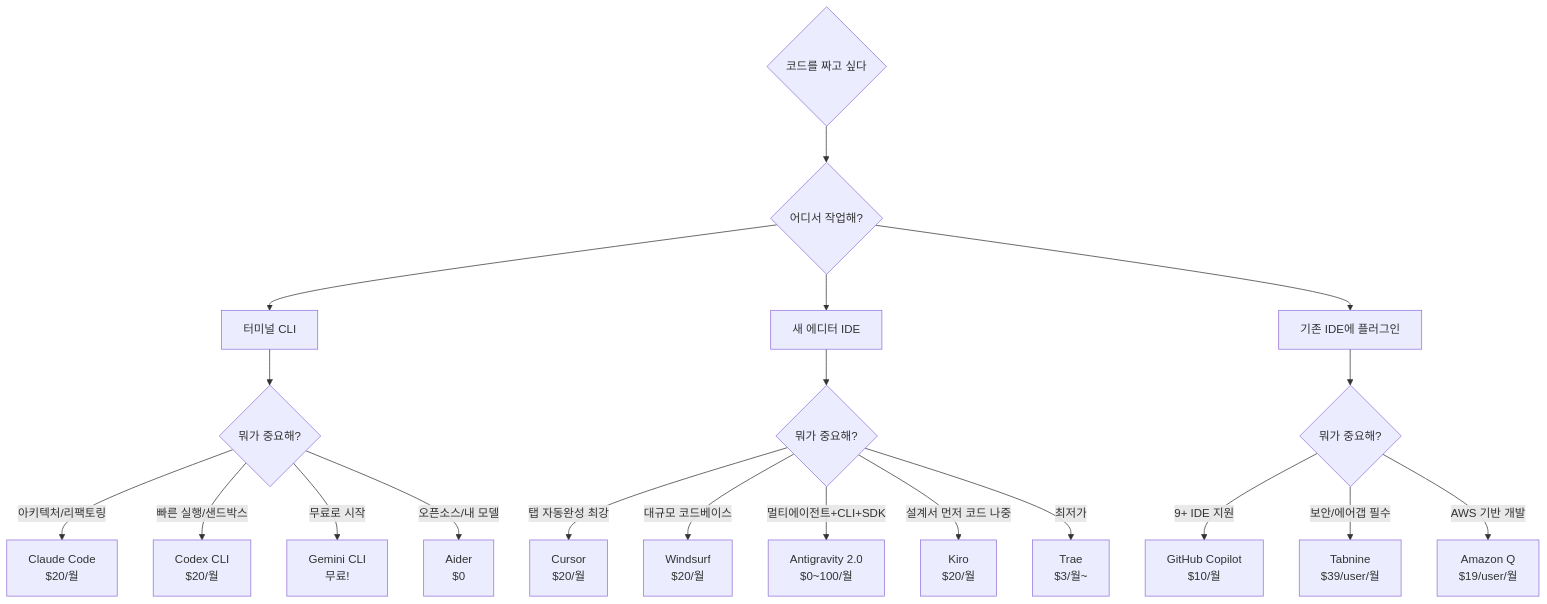
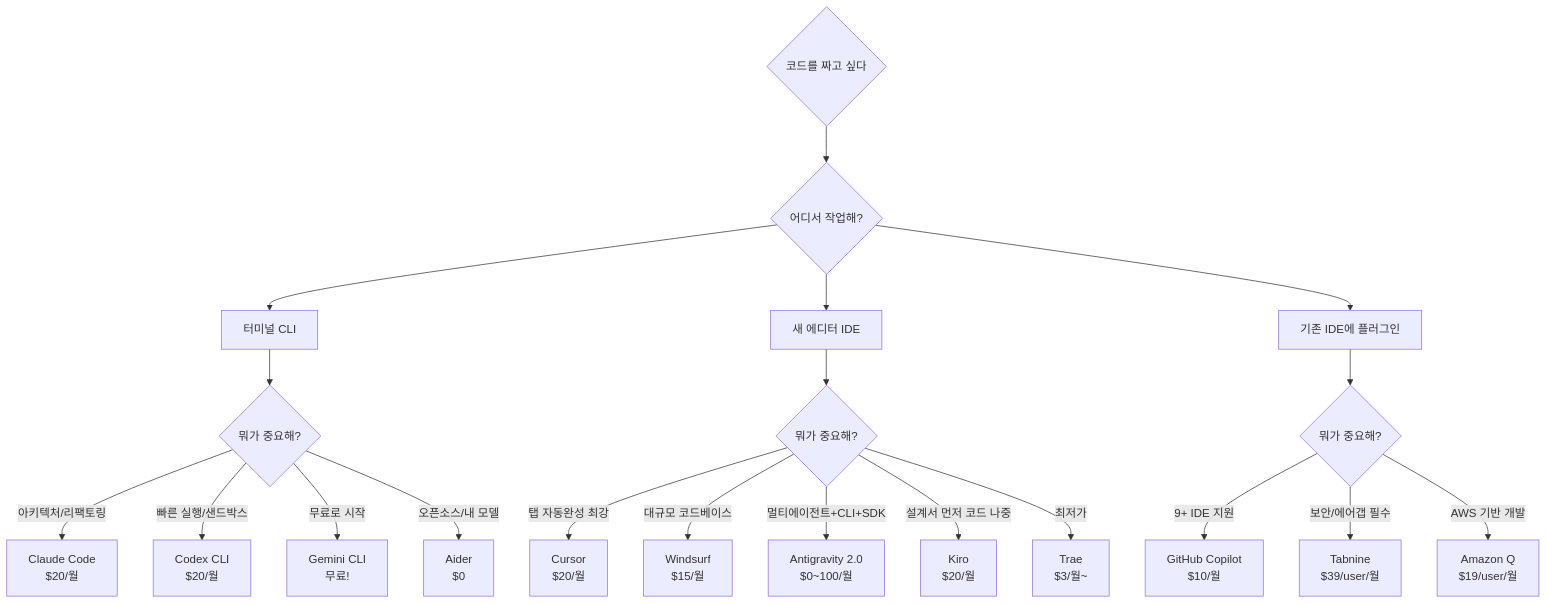
The third of 11 diagrams in README_ko.md (tykimos/ai-whatchelin), drawn with Mermaid before and after one commit. The commit also changed other lines of this file and 4 other files, not shown here.

````diff
--- a/README_ko.md
+++ b/README_ko.md
@@ -421,26 +426,26 @@
 ```mermaid
 flowchart TD
     A{"코드를 짜고 싶다"} --> B{"어디서 작업해?"}
 
     B --> C["터미널 CLI"]
     B --> D["새 에디터 IDE"]
     B --> E["기존 IDE에 플러그인"]
 
     C --> C1{"뭐가 중요해?"}
     C1 -->|"아키텍처/리팩토링"| CC["Claude Code\n$20/월"]
     C1 -->|"빠른 실행/샌드박스"| CX["Codex CLI\n$20/월"]
     C1 -->|"무료로 시작"| CG["Gemini CLI\n무료!"]
     C1 -->|"오픈소스/내 모델"| CA["Aider\n$0"]
 
     D --> D1{"뭐가 중요해?"}
     D1 -->|"탭 자동완성 최강"| DC["Cursor\n$20/월"]
-    D1 -->|"대규모 코드베이스"| DW["Windsurf\n$20/월"]
+    D1 -->|"대규모 코드베이스"| DW["Windsurf\n$15/월"]
     D1 -->|"멀티에이전트+CLI+SDK"| DA["Antigravity 2.0\n$0~100/월"]
     D1 -->|"설계서 먼저 코드 나중"| DK["Kiro\n$20/월"]
     D1 -->|"최저가"| DT["Trae\n$3/월~"]
 
     E --> E1{"뭐가 중요해?"}
     E1 -->|"9+ IDE 지원"| EG["GitHub Copilot\n$10/월"]
     E1 -->|"보안/에어갭 필수"| ET["Tabnine\n$39/user/월"]
     E1 -->|"AWS 기반 개발"| EA["Amazon Q\n$19/user/월"]
 ```
````
